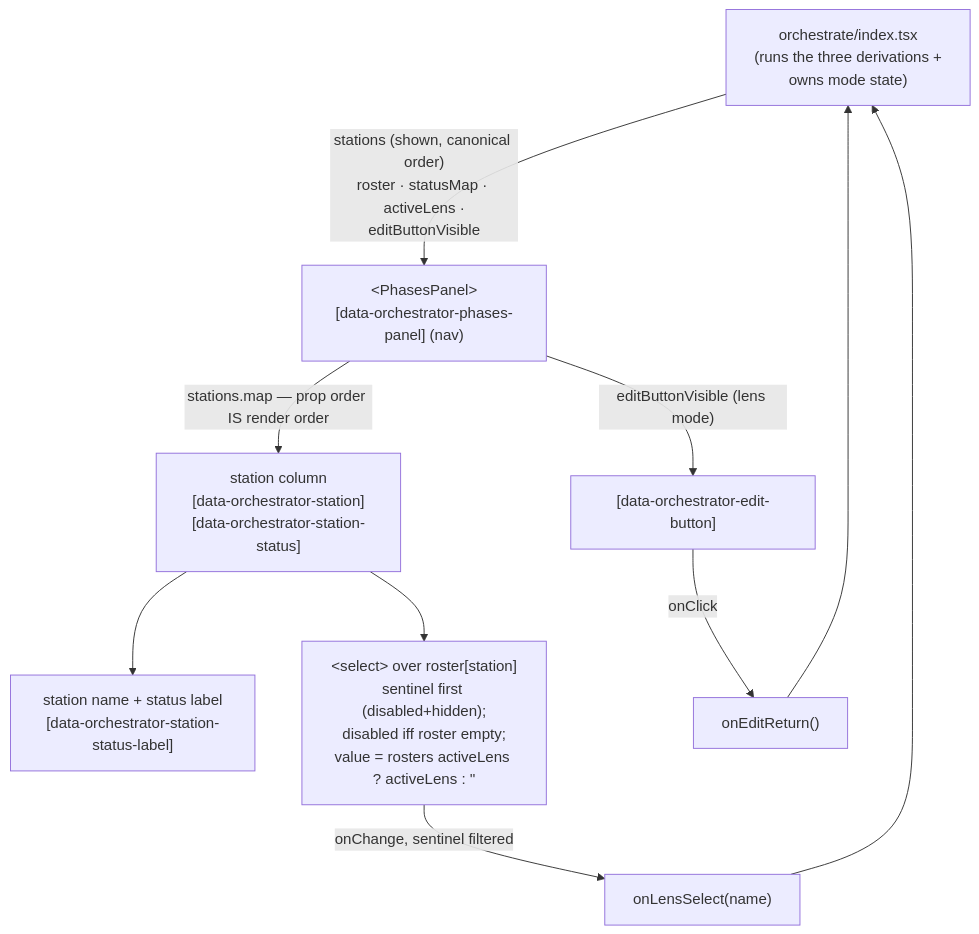
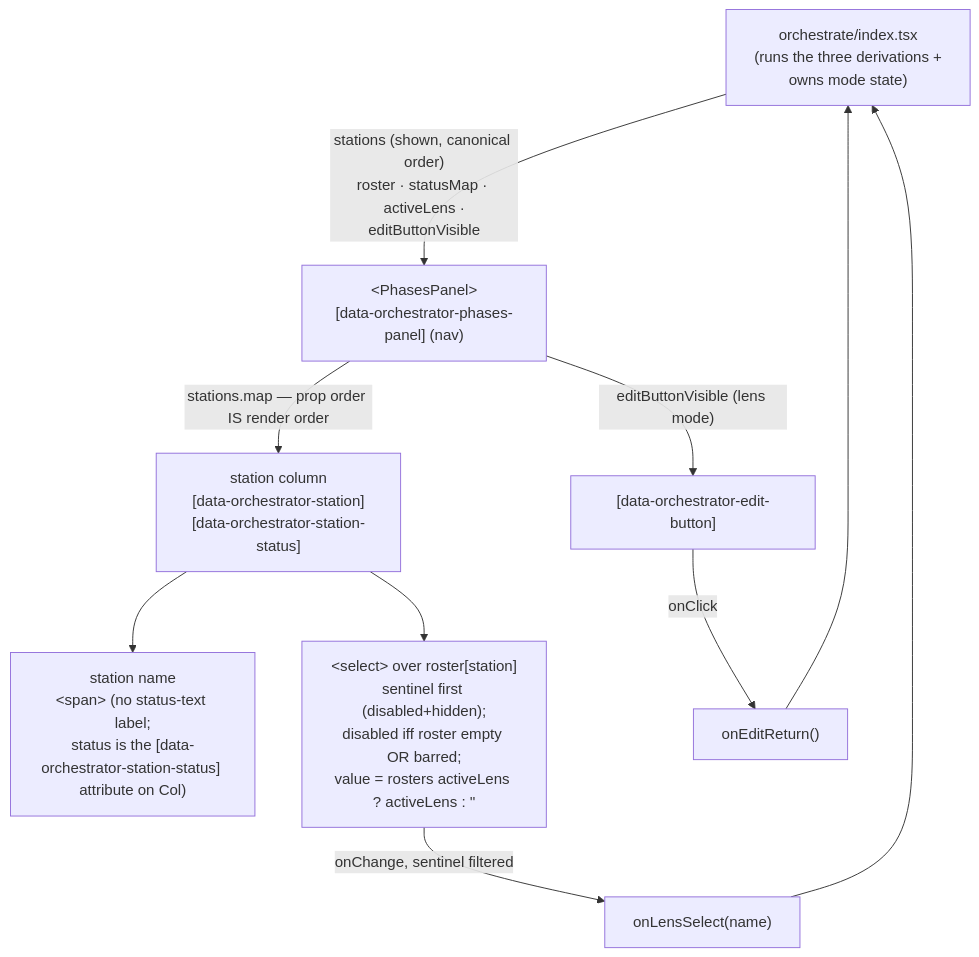
Before and after one commit to codeschoolinabox/curricula: the diagram in src/lib/study-lenses/orchestrate/phases-panel/DOCS.md, drawn with Mermaid. The commit also changed other lines of this file and 3 other files, not shown here.

First line of the commit message:
orchestrate(phases-panel): status via data-attribute only + barred-gating (inc 1)

````diff
--- a/src/lib/study-lenses/orchestrate/phases-panel/DOCS.md
+++ b/src/lib/study-lenses/orchestrate/phases-panel/DOCS.md
@@ -20,13 +20,13 @@
 ```mermaid
 flowchart TD
     Orchestrator["orchestrate/index.tsx<br/>(runs the three derivations +<br/>owns mode state)"]
     Orchestrator -->|"stations (shown, canonical order)<br/>roster · statusMap · activeLens ·<br/>editButtonVisible"| Panel["&lt;PhasesPanel&gt;<br/>[data-orchestrator-phases-panel] (nav)"]
     Panel -->|"stations.map — prop order IS render order"| Col["station column<br/>[data-orchestrator-station]<br/>[data-orchestrator-station-status]"]
-    Col --> Label["station name + status label<br/>[data-orchestrator-station-status-label]"]
-    Col --> Select["&lt;select&gt; over roster[station]<br/>sentinel first (disabled+hidden);<br/>disabled iff roster empty;<br/>value = rosters activeLens ? activeLens : ''"]
+    Col --> Name["station name<br/>&lt;span&gt; (no status-text label;<br/>status is the [data-orchestrator-station-status] attribute on Col)"]
+    Col --> Select["&lt;select&gt; over roster[station]<br/>sentinel first (disabled+hidden);<br/>disabled iff roster empty OR barred;<br/>value = rosters activeLens ? activeLens : ''"]
     Panel -->|"editButtonVisible (lens mode)"| Edit["[data-orchestrator-edit-button]"]
     Select -->|"onChange, sentinel filtered"| Up1["onLensSelect(name)"]
     Edit -->|"onClick"| Up2["onEditReturn()"]
     Up1 --> Orchestrator
     Up2 --> Orchestrator
 ```
````
